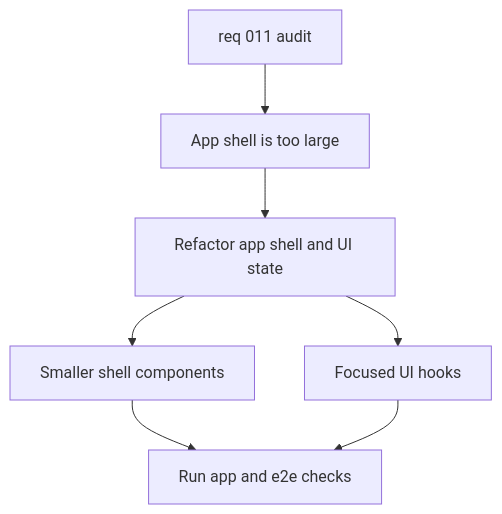
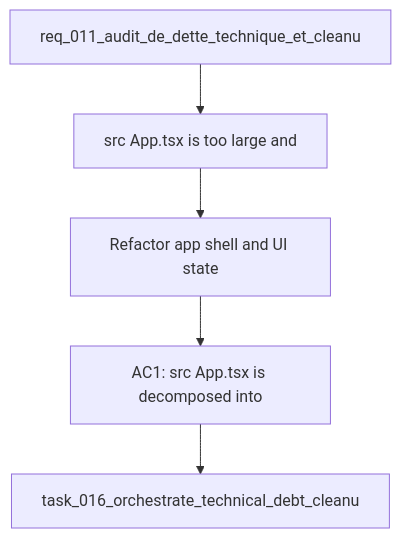
The diagram in logics/backlog/item_038_refactor_app_shell_and_ui_state.md (AlexAgo83/deepvault), drawn with Mermaid before and after one commit. The commit also changed 57 other files, not shown here.

````diff
--- a/logics/backlog/item_038_refactor_app_shell_and_ui_state.md
+++ b/logics/backlog/item_038_refactor_app_shell_and_ui_state.md
@@ -22,11 +22,9 @@
 ```mermaid
 %% logics-kind: backlog
 %% logics-signature: backlog|refactor-app-shell-and-ui-state|req-011-audit-de-dette-technique-et-clea|src-app-tsx-is-too-large-and|ac1-src-app-tsx-is-decomposed-into
 flowchart TD
-    Request[req 011 audit] --> Problem[App shell is too large]
+    Request[req_011_audit_de_dette_technique_et_cleanu] --> Problem[src App.tsx is too large and]
     Problem --> Scope[Refactor app shell and UI state]
-    Scope --> Shell[Smaller shell components]
-    Scope --> Hooks[Focused UI hooks]
-    Shell --> Validate[Run app and e2e checks]
-    Hooks --> Validate
+    Scope --> Acceptance[AC1: src App.tsx is decomposed into]
+    Acceptance --> Tasks[task_016_orchestrate_technical_debt_cleanu]
 ```
````
